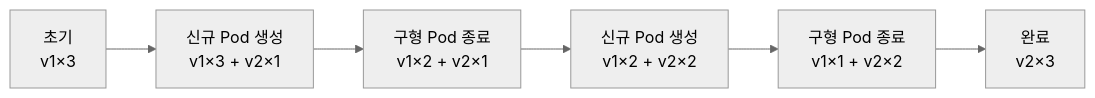
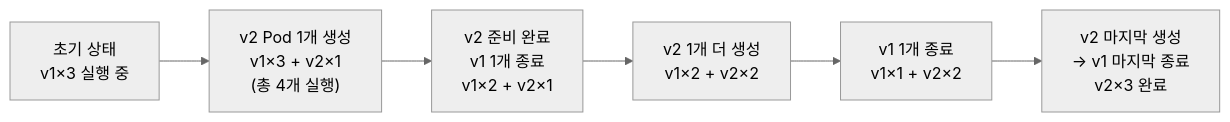
The ninth of 15 diagrams in posts/study/infra/k8s-zero-downtime-deployment.md (Seobway23/Seobway23.github.io), drawn with Mermaid (neutral theme) before and after one commit. The commit also changed other lines of this file, not shown here.

````diff
--- a/posts/study/infra/k8s-zero-downtime-deployment.md
+++ b/posts/study/infra/k8s-zero-downtime-deployment.md
@@ -470,11 +788,11 @@
 ```mermaid
-%% desc: Rolling Update 단계별 흐름 — maxSurge=1 maxUnavailable=0 기준, Replica 3개
+%% desc: Rolling Update 단계별 흐름 — maxSurge=1 maxUnavailable=0, Replica 3개 예시
 flowchart LR
-    S0["초기\nv1×3"]
-    S1["신규 Pod 생성\nv1×3 + v2×1"]
-    S2["구형 Pod 종료\nv1×2 + v2×1"]
-    S3["신규 Pod 생성\nv1×2 + v2×2"]
-    S4["구형 Pod 종료\nv1×1 + v2×2"]
-    S5["완료\nv2×3"]
+    S0["초기 상태\nv1×3 실행 중"]
+    S1["v2 Pod 1개 생성\nv1×3 + v2×1\n(총 4개 실행)"]
+    S2["v2 준비 완료\nv1 1개 종료\nv1×2 + v2×1"]
+    S3["v2 1개 더 생성\nv1×2 + v2×2"]
+    S4["v1 1개 종료\nv1×1 + v2×2"]
+    S5["v2 마지막 생성\n→ v1 마지막 종료\nv2×3 완료"]
     S0 --> S1 --> S2 --> S3 --> S4 --> S5
 ```
````
